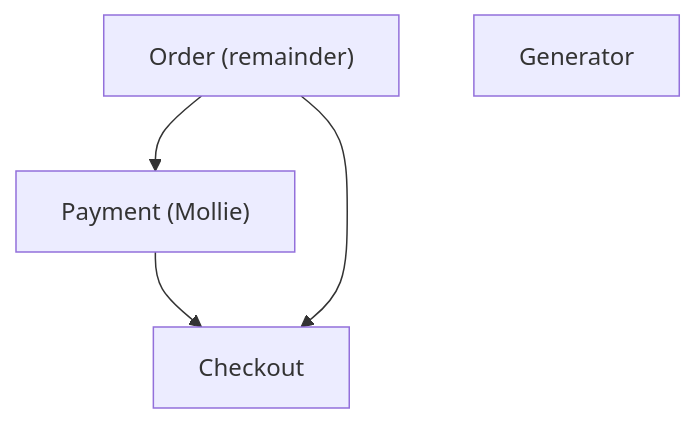
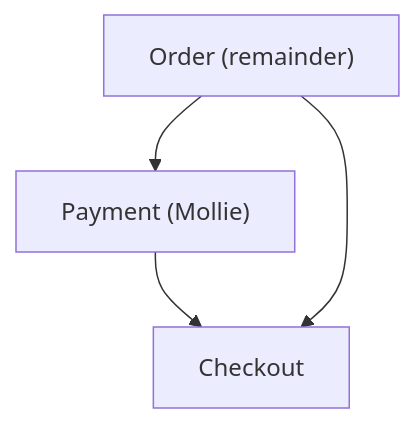
One commit to bitstorm-tech/voenix-shop-kotlin changed the diagram in docs/migration/migration-roadmap.md. Above: the diagram before and after it, drawn with Mermaid. The commit also changed other lines of this file and 42 other files, not shown here.

````diff
--- a/docs/migration/migration-roadmap.md
+++ b/docs/migration/migration-roadmap.md
@@ -79,7 +79,6 @@
 ```mermaid
 graph TD
     Order["Order (remainder)"] --> Payment["Payment (Mollie)"]
     Payment --> Checkout
     Order --> Checkout
-    Generator
 ```
````
